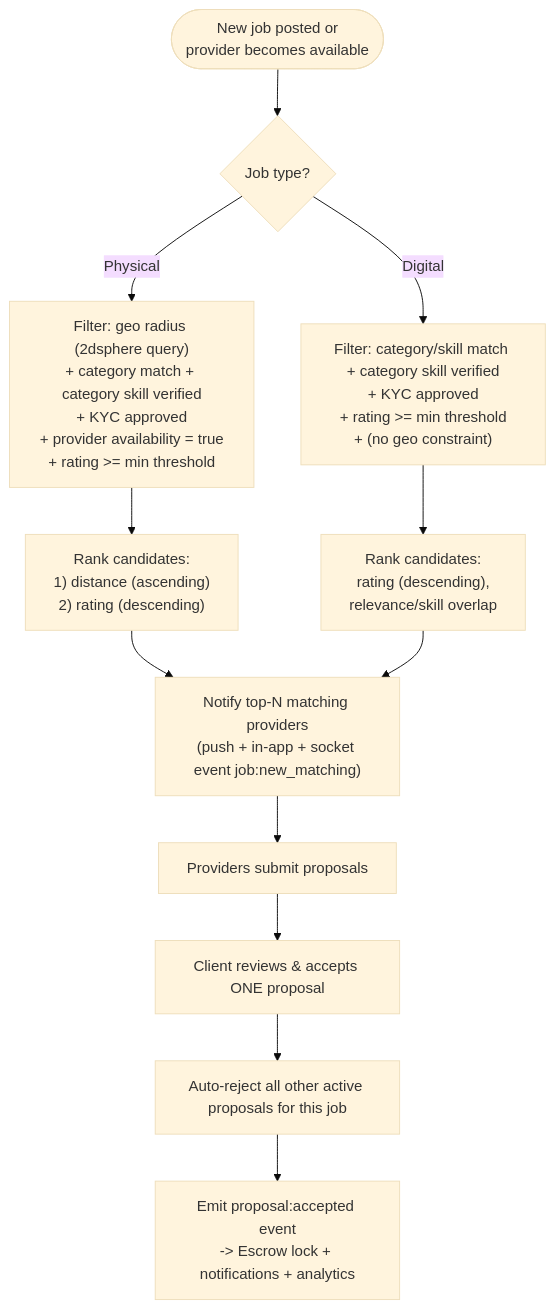
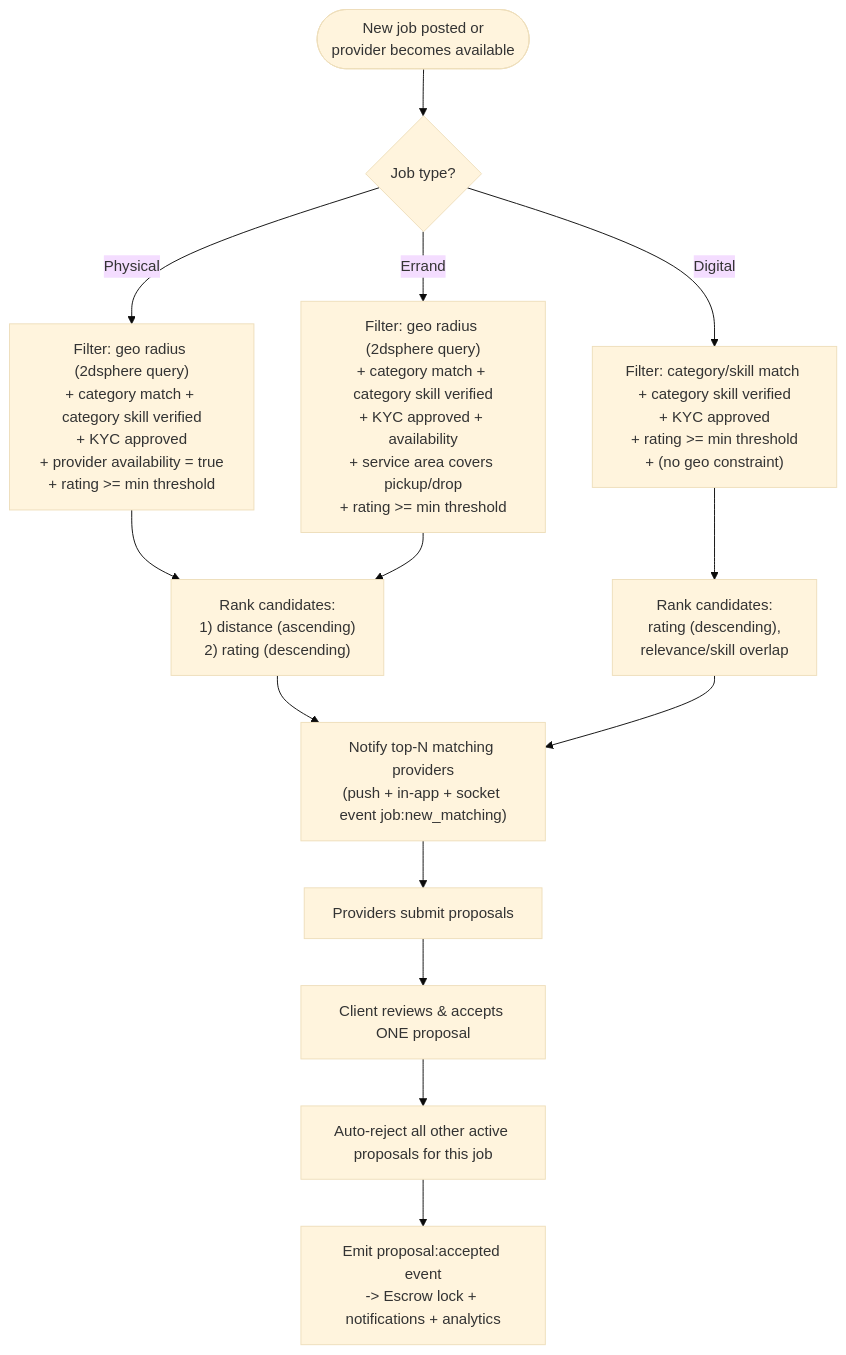
The fourth of 13 diagrams in docs/LLM_ARCHITECTURE_PACK.md (Ubaid123678/DO_IT_Platfom), drawn with Mermaid (base theme) before and after one commit. The commit also changed other lines of this file and 3 other files, not shown here.

````diff
--- a/docs/LLM_ARCHITECTURE_PACK.md
+++ b/docs/LLM_ARCHITECTURE_PACK.md
@@ -194,14 +195,16 @@
 ```mermaid
 flowchart TD
     Start(["New job posted or\nprovider becomes available"]) --> Type{"Job type?"}
     Type -- Physical --> Geo["Filter: geo radius (2dsphere query)\n+ category match + category skill verified\n+ KYC approved\n+ provider availability = true\n+ rating >= min threshold"]
     Type -- Digital --> Skill["Filter: category/skill match + category skill verified\n+ KYC approved\n+ rating >= min threshold\n+ (no geo constraint)"]
+    Type -- Errand --> Geo2["Filter: geo radius (2dsphere query)\n+ category match + category skill verified\n+ KYC approved + availability\n+ service area covers pickup/drop\n+ rating >= min threshold"]
     Geo --> Rank["Rank candidates:\n1) distance (ascending)\n2) rating (descending)"]
+    Geo2 --> Rank
     Skill --> Rank2["Rank candidates:\nrating (descending),\nrelevance/skill overlap"]
     Rank --> Notify["Notify top-N matching providers\n(push + in-app + socket event job:new_matching)"]
     Rank2 --> Notify
     Notify --> Wait["Providers submit proposals"]
     Wait --> Accept["Client reviews & accepts ONE proposal"]
     Accept --> AutoReject["Auto-reject all other active proposals for this job"]
     AutoReject --> Lock["Emit proposal:accepted event\n-> Escrow lock + notifications + analytics"]
 ```
````
